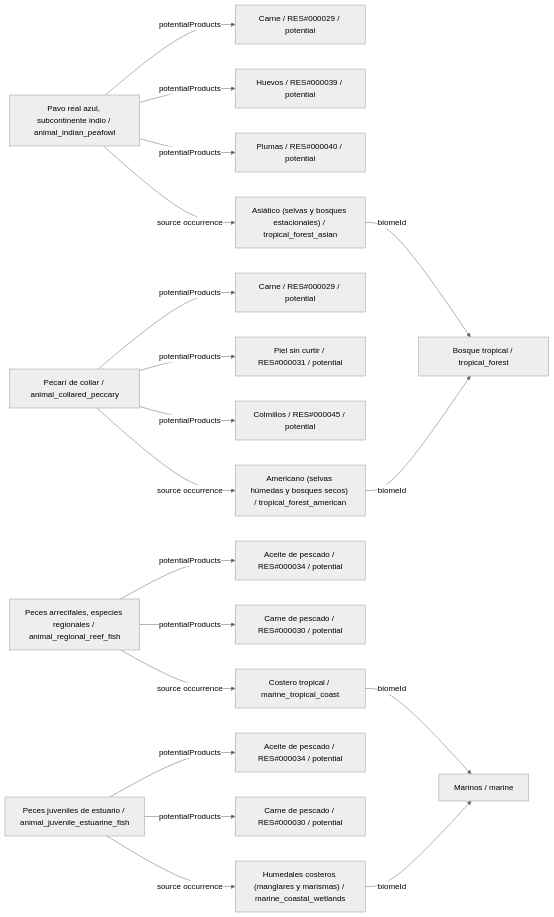
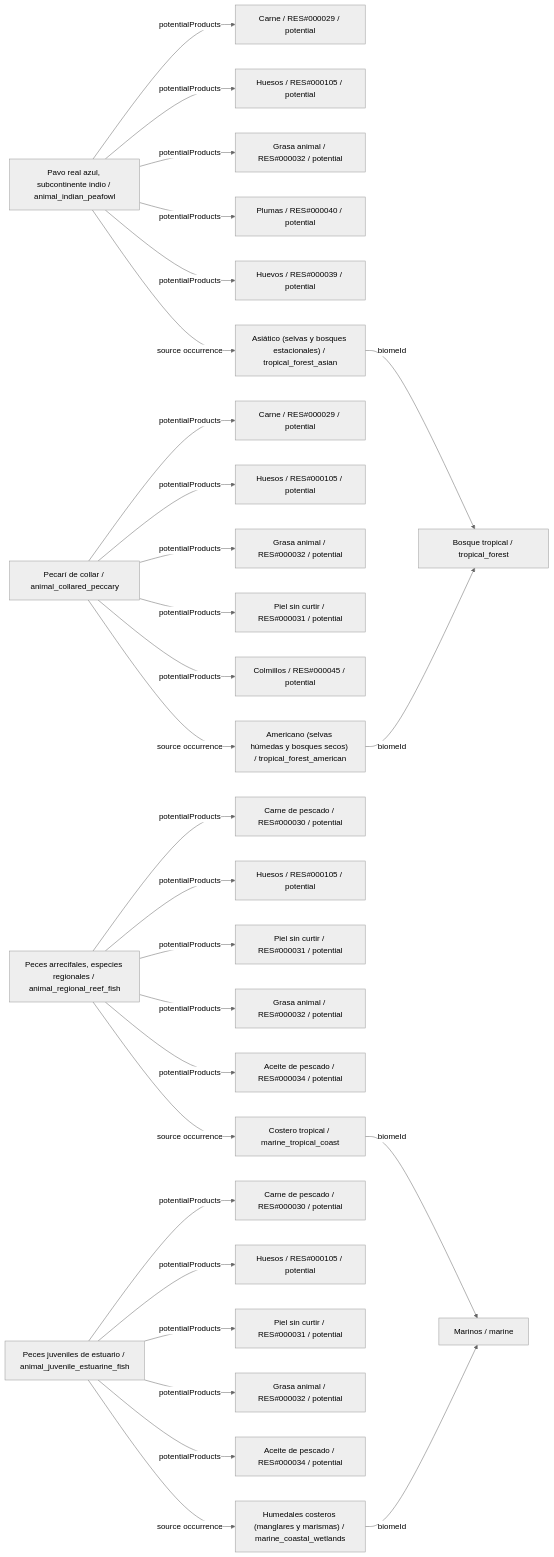
Before and after one commit to fgabo404/EvolveDoc: diagram 18 of 26 in data/animals/DIAGRAMS.es.md, drawn with Mermaid (neutral theme). The commit also changed other lines of this file and 44 other files, not shown here.

````diff
--- a/data/animals/DIAGRAMS.es.md
+++ b/data/animals/DIAGRAMS.es.md
@@ -877,41 +1247,61 @@
 ```mermaid
 flowchart LR
     c0["Pavo real azul, subcontinente indio / animal_indian_peafowl"]
     v2["Asiático (selvas y bosques estacionales) / tropical_forest_asian"]
     b0["Bosque tropical / tropical_forest"]
     o0_0["Carne / RES#000029 / potential"]
-    o0_1["Huevos / RES#000039 / potential"]
-    o0_2["Plumas / RES#000040 / potential"]
+    o0_1["Huesos / RES#000105 / potential"]
+    o0_2["Grasa animal / RES#000032 / potential"]
+    o0_3["Plumas / RES#000040 / potential"]
+    o0_4["Huevos / RES#000039 / potential"]
     c1["Pecarí de collar / animal_collared_peccary"]
     v0["Americano (selvas húmedas y bosques secos) / tropical_forest_american"]
     o1_0["Carne / RES#000029 / potential"]
-    o1_1["Piel sin curtir / RES#000031 / potential"]
-    o1_2["Colmillos / RES#000045 / potential"]
+    o1_1["Huesos / RES#000105 / potential"]
+    o1_2["Grasa animal / RES#000032 / potential"]
+    o1_3["Piel sin curtir / RES#000031 / potential"]
+    o1_4["Colmillos / RES#000045 / potential"]
     c2["Peces arrecifales, especies regionales / animal_regional_reef_fish"]
     v19["Costero tropical / marine_tropical_coast"]
     b5["Marinos / marine"]
-    o2_0["Aceite de pescado / RES#000034 / potential"]
-    o2_1["Carne de pescado / RES#000030 / potential"]
+    o2_0["Carne de pescado / RES#000030 / potential"]
+    o2_1["Huesos / RES#000105 / potential"]
+    o2_2["Piel sin curtir / RES#000031 / potential"]
+    o2_3["Grasa animal / RES#000032 / potential"]
+    o2_4["Aceite de pescado / RES#000034 / potential"]
     c3["Peces juveniles de estuario / animal_juvenile_estuarine_fish"]
     v22["Humedales costeros (manglares y marismas) / marine_coastal_wetlands"]
-    o3_0["Aceite de pescado / RES#000034 / potential"]
-    o3_1["Carne de pescado / RES#000030 / potential"]
+    o3_0["Carne de pescado / RES#000030 / potential"]
+    o3_1["Huesos / RES#000105 / potential"]
+    o3_2["Piel sin curtir / RES#000031 / potential"]
+    o3_3["Grasa animal / RES#000032 / potential"]
+    o3_4["Aceite de pescado / RES#000034 / potential"]
     c0 -->|potentialProducts| o0_0
     c0 -->|potentialProducts| o0_1
     c0 -->|potentialProducts| o0_2
+    c0 -->|potentialProducts| o0_3
+    c0 -->|potentialProducts| o0_4
     c0 -->|source occurrence| v2
     c1 -->|potentialProducts| o1_0
     c1 -->|potentialProducts| o1_1
     c1 -->|potentialProducts| o1_2
+    c1 -->|potentialProducts| o1_3
+    c1 -->|potentialProducts| o1_4
     c1 -->|source occurrence| v0
     c2 -->|potentialProducts| o2_0
     c2 -->|potentialProducts| o2_1
+    c2 -->|potentialProducts| o2_2
+    c2 -->|potentialProducts| o2_3
+    c2 -->|potentialProducts| o2_4
     c2 -->|source occurrence| v19
     c3 -->|potentialProducts| o3_0
     c3 -->|potentialProducts| o3_1
+    c3 -->|potentialProducts| o3_2
+    c3 -->|potentialProducts| o3_3
+    c3 -->|potentialProducts| o3_4
     c3 -->|source occurrence| v22
     v0 -->|biomeId| b0
     v19 -->|biomeId| b5
     v2 -->|biomeId| b0
     v22 -->|biomeId| b5
 ```
````
